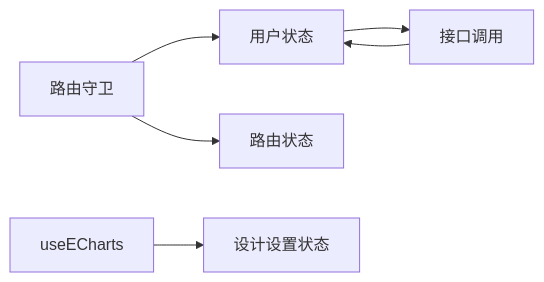
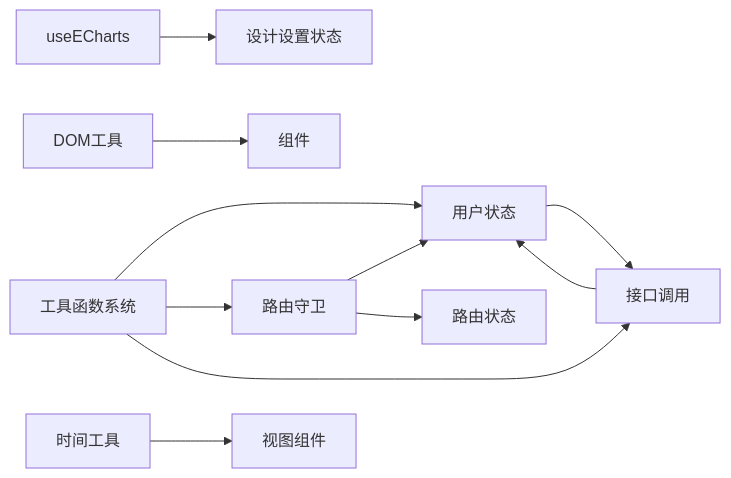
One commit to giserman001/vue3-vant4-mobile changed the eighth of 8 diagrams in .qoder/repowiki/zh/content/核心系统/核心系统.md. Above: the diagram before and after it, drawn with Mermaid. The commit also changed other lines of this file and 60 other files, not shown here.

````diff
--- a/.qoder/repowiki/zh/content/核心系统/核心系统.md
+++ b/.qoder/repowiki/zh/content/核心系统/核心系统.md
@@ -355,8 +543,13 @@
 ```mermaid
 graph LR
 RGuard["路由守卫"] --> UStore["用户状态"]
 RGuard --> RStore["路由状态"]
 UStore --> API["接口调用"]
 API --> UStore
 HECharts["useECharts"] --> DStore["设计设置状态"]
+UTILS["工具函数系统"] --> UStore
+UTILS --> RGuard
+UTILS --> API
+DOMUtils["DOM工具"] --> Components["组件"]
+TIMEUtils["时间工具"] --> Views["视图组件"]
 ```
````
